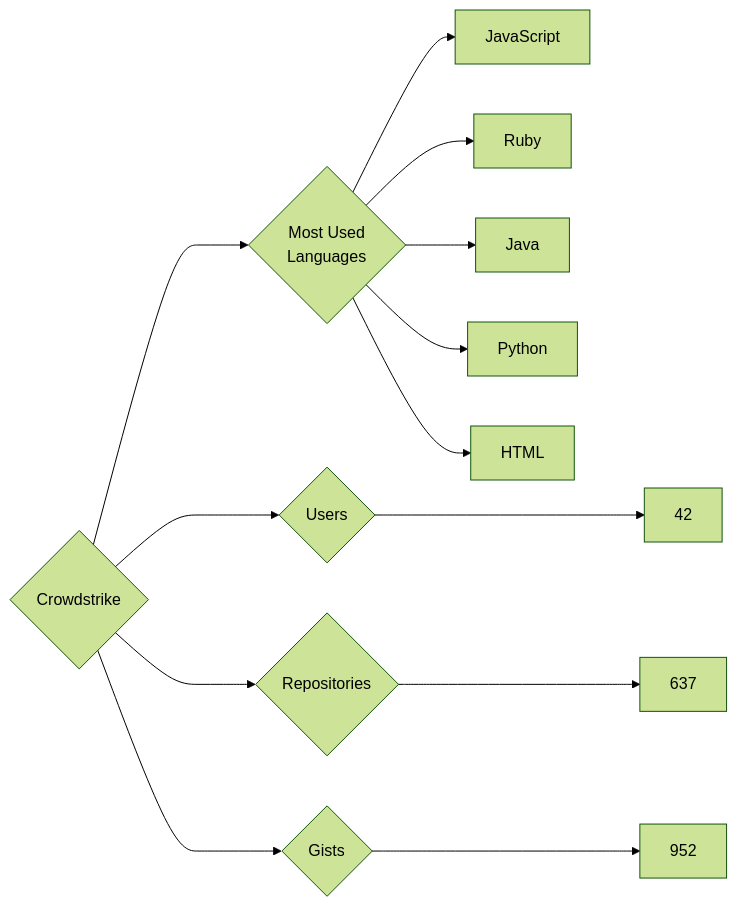
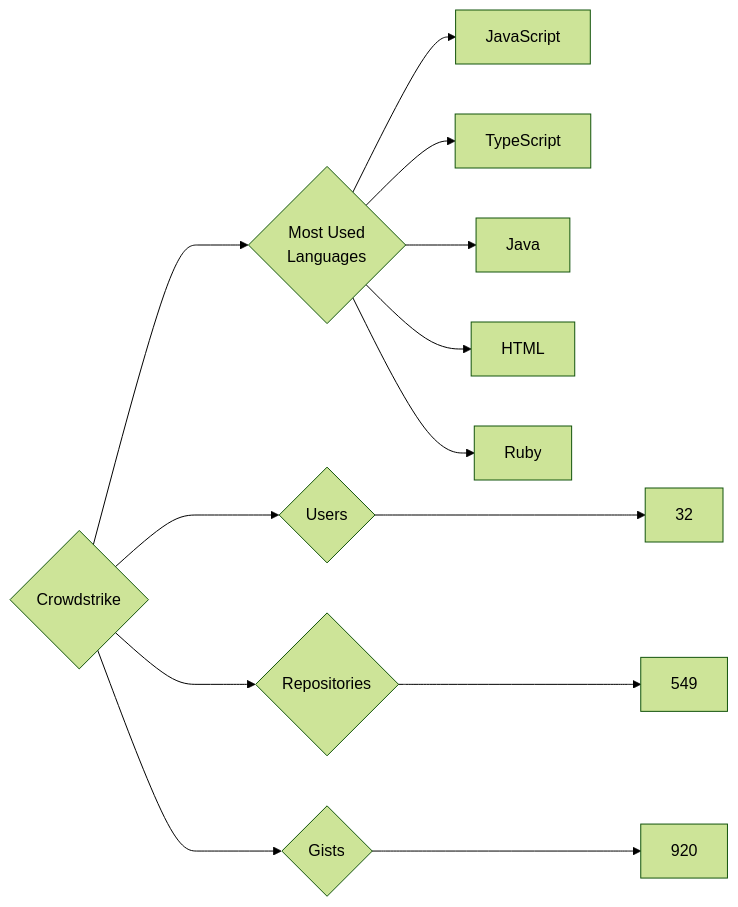
The diagram in targets/Crowdstrike/README.md (trickest/insiders), drawn with Mermaid (forest theme) before and after one commit. The commit also changed 965 other files, not shown here.

````diff
--- a/targets/Crowdstrike/README.md
+++ b/targets/Crowdstrike/README.md
@@ -3,13 +3,13 @@
 ```mermaid
 graph LR
 COMPANY_NAME{Crowdstrike}
-COMPANY_NAME ---> U{Users} ---> UN[42]
-COMPANY_NAME ---> R{Repositories} ---> RN[637]
-COMPANY_NAME ---> G{Gists} ---> GN[952]
+COMPANY_NAME ---> U{Users} ---> UN[32]
+COMPANY_NAME ---> R{Repositories} ---> RN[549]
+COMPANY_NAME ---> G{Gists} ---> GN[920]
 COMPANY_NAME ---> ML{Most Used<br>Languages}
 ML --> JavaScript[JavaScript]
+ML --> TypeScript[TypeScript]
+ML --> Java[Java]
+ML --> HTML[HTML]
 ML --> Ruby[Ruby]
-ML --> Java[Java]
-ML --> Python[Python]
-ML --> HTML[HTML]
 ```
````
